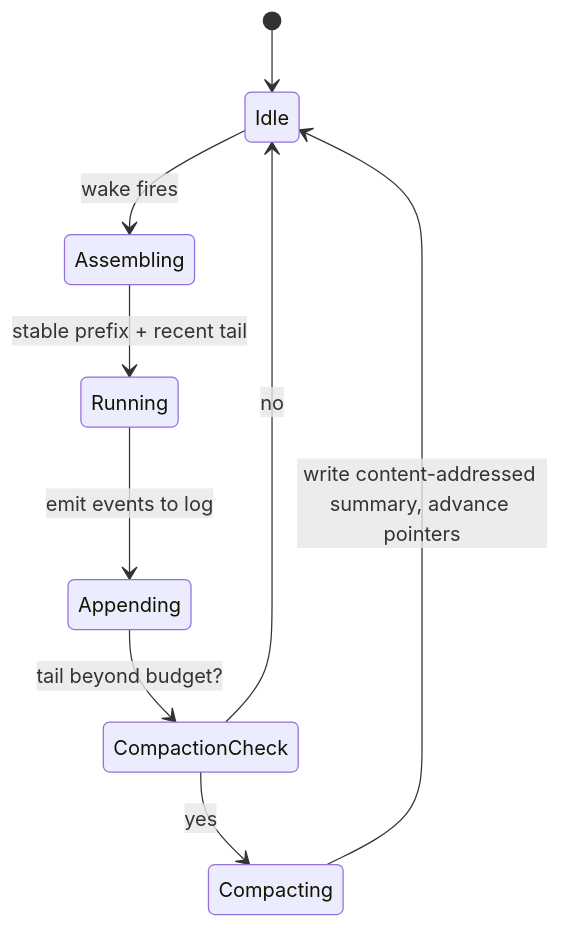
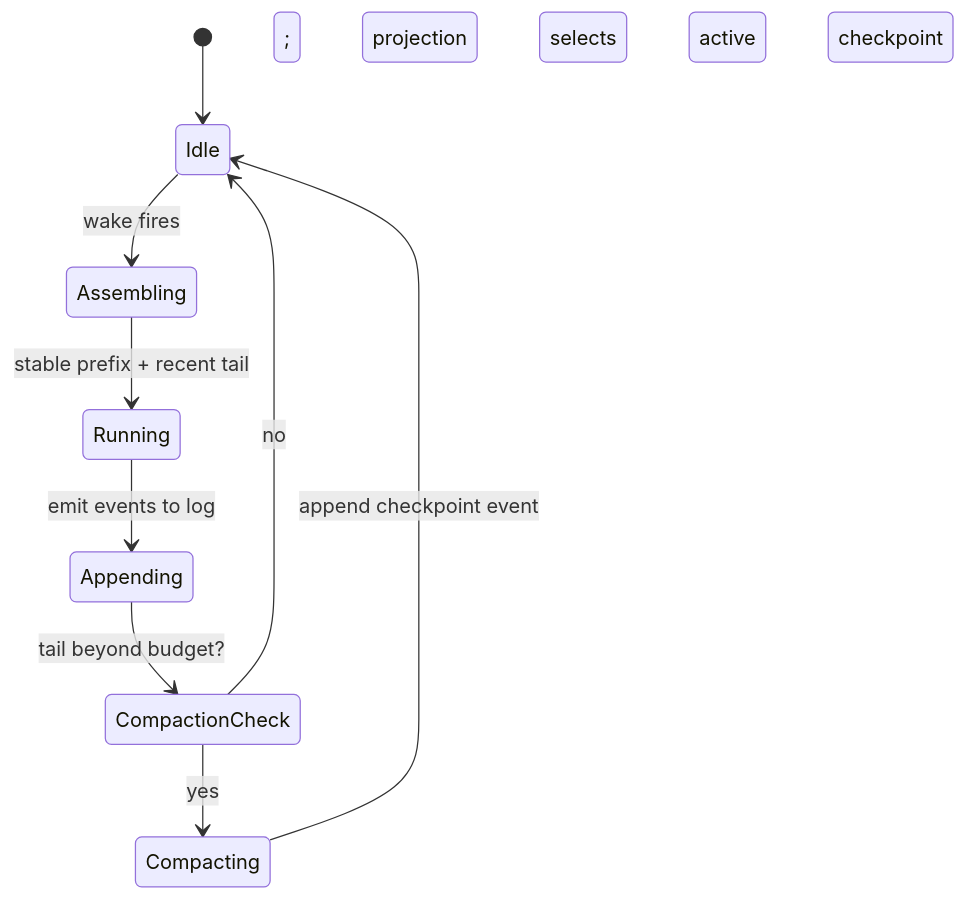
The diagram in docs/adr/0017-deterministic-log-compaction.md (matthiasn/lotti), drawn with Mermaid before and after one commit. The commit also changed other lines of this file and 3 other files, not shown here.

````diff
--- a/docs/adr/0017-deterministic-log-compaction.md
+++ b/docs/adr/0017-deterministic-log-compaction.md
@@ -55,11 +63,11 @@
 ```mermaid
 stateDiagram-v2
   [*] --> Idle
   Idle --> Assembling: wake fires
   Assembling --> Running: stable prefix + recent tail
   Running --> Appending: emit events to log
   Appending --> CompactionCheck: tail beyond budget?
   CompactionCheck --> Compacting: yes
   CompactionCheck --> Idle: no
-  Compacting --> Idle: write content-addressed summary, advance pointers
+  Compacting --> Idle: append checkpoint event; projection selects active checkpoint
 ```
````
